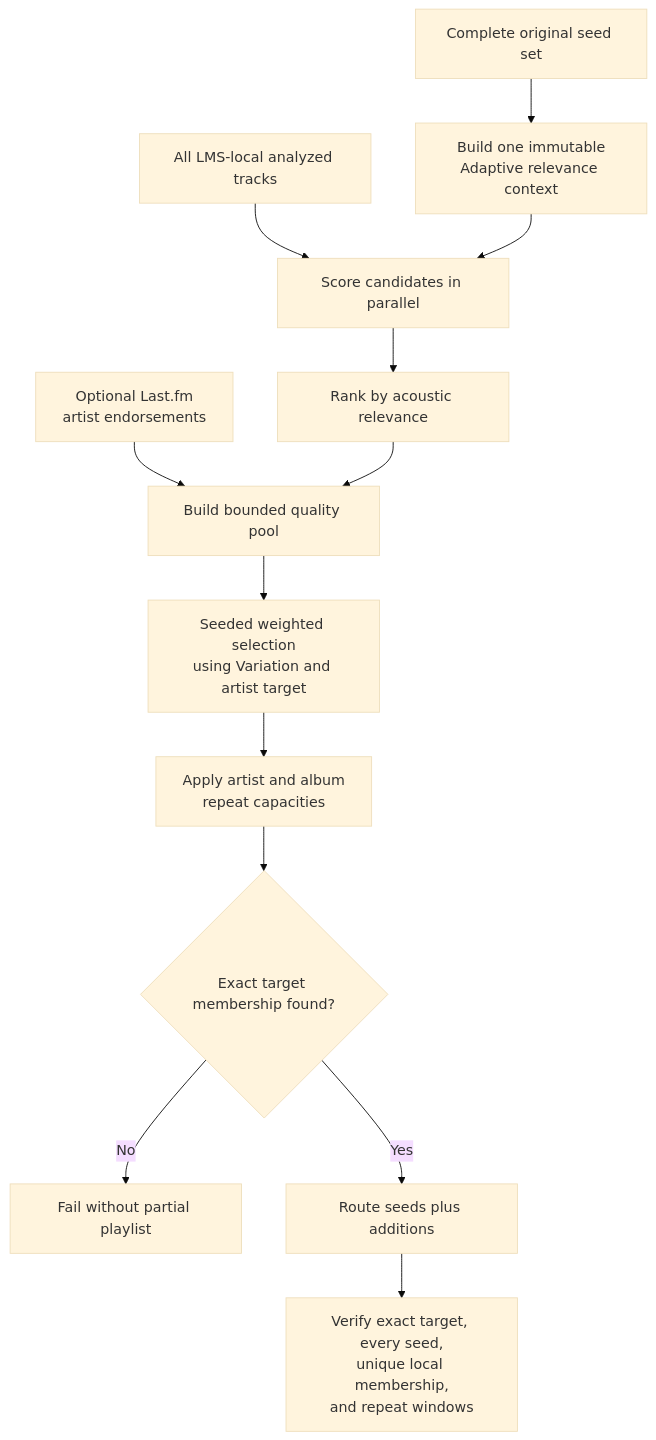
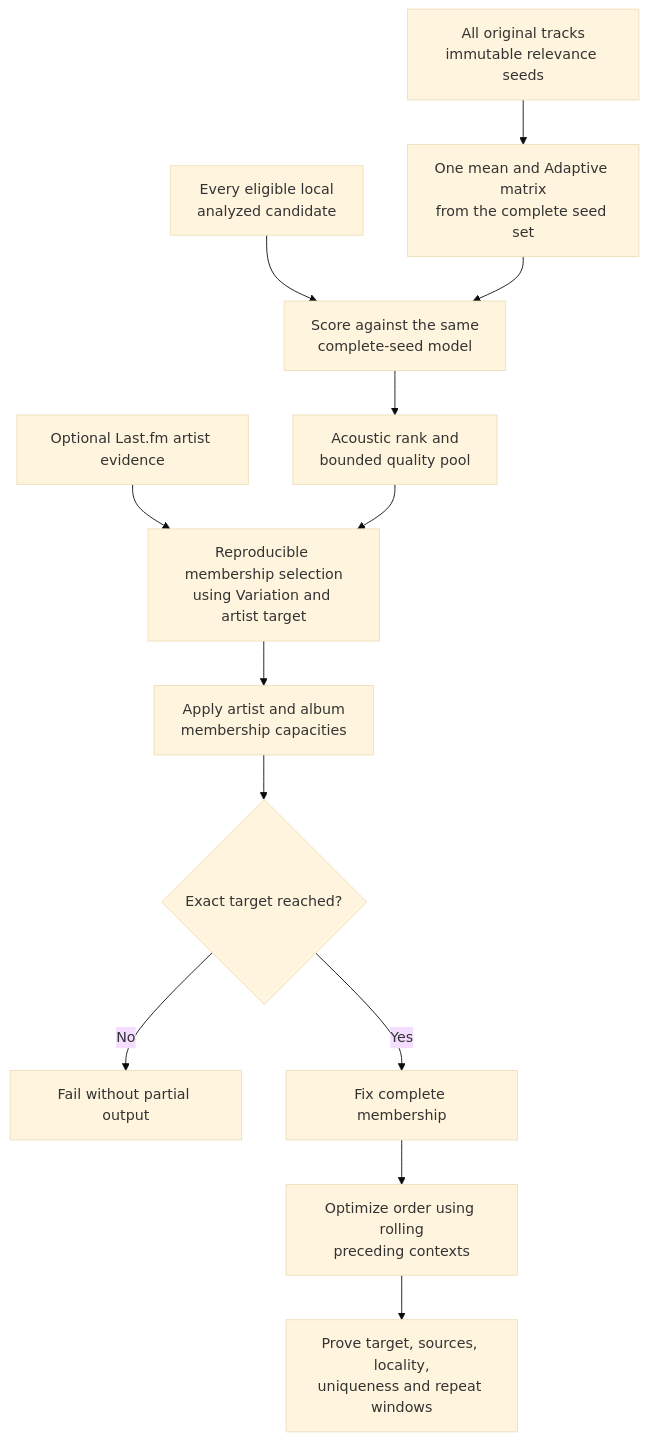
One commit to chrober/lms-better-call-bliss changed the sixth of 6 diagrams in ALGORITHMS.md. Above: the diagram before and after it, drawn with Mermaid (base theme). The commit also changed other lines of this file, not shown here.

Commit message:
docs: explain playlist strategies for listeners

```diff
--- a/ALGORITHMS.md
+++ b/ALGORITHMS.md
@@ -265,15 +320,15 @@
 ~~~mermaid
 flowchart TD
-    A["Complete original seed set"] --> B["Build one immutable<br/>Adaptive relevance context"]
-    C["All LMS-local analyzed tracks"] --> D["Score candidates in parallel"]
+    A["All original tracks<br/>immutable relevance seeds"] --> B["One mean and Adaptive matrix<br/>from the complete seed set"]
+    C["Every eligible local<br/>analyzed candidate"] --> D["Score against the same<br/>complete-seed model"]
     B --> D
-    D --> E["Rank by acoustic relevance"]
-    L["Optional Last.fm<br/>artist endorsements"] --> F
-    E --> F["Build bounded quality pool"]
-    F --> G["Seeded weighted selection<br/>using Variation and artist target"]
-    G --> H["Apply artist and album<br/>repeat capacities"]
-    H --> I{"Exact target membership found?"}
-    I -- No --> X["Fail without partial playlist"]
-    I -- Yes --> J["Route seeds plus additions"]
-    J --> K["Verify exact target, every seed,<br/>unique local membership,<br/>and repeat windows"]
+    D --> E["Acoustic rank and<br/>bounded quality pool"]
+    L["Optional Last.fm artist evidence"] --> F
+    E --> F["Reproducible membership selection<br/>using Variation and artist target"]
+    F --> G["Apply artist and album<br/>membership capacities"]
+    G --> H{"Exact target reached?"}
+    H -- No --> X["Fail without partial output"]
+    H -- Yes --> I["Fix complete membership"]
+    I --> J["Optimize order using rolling<br/>preceding contexts"]
+    J --> K["Prove target, sources, locality,<br/>uniqueness and repeat windows"]
 ~~~
```
